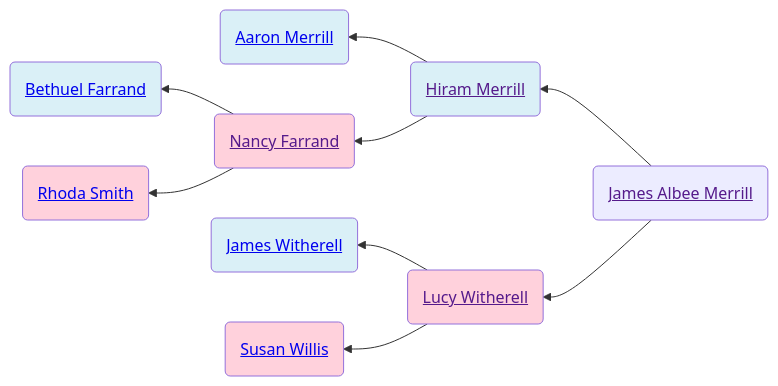
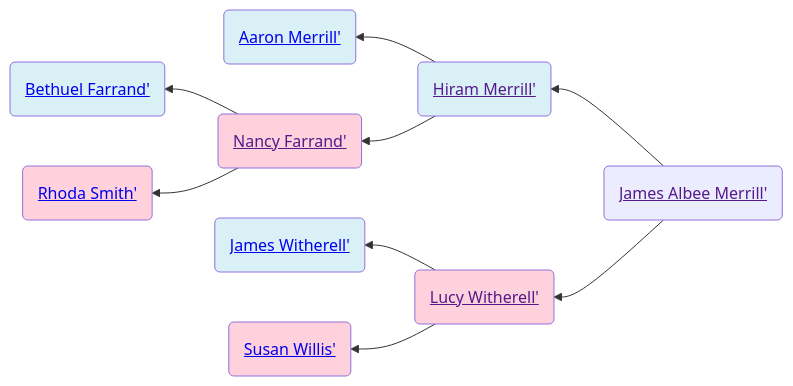
Before and after one commit to neelsmith/avocational: the first of 2 diagrams in familyhistory/sources/people/Merrill-line/James_Albee_Merrill.qmd, drawn with Mermaid. The commit also changed other lines of this file and 102 other files, not shown here.

````diff
--- a/familyhistory/sources/people/Merrill-line/James_Albee_Merrill.qmd
+++ b/familyhistory/sources/people/Merrill-line/James_Albee_Merrill.qmd
@@ -26,24 +26,24 @@
 ```{mermaid}
 graph RL
 %% RL ancestor diagram
-James_Albee_Merrill(<a href=''>James Albee Merrill</>) -->  Hiram_Merrill(<a href='./Hiram_Merrill.html'>Hiram Merrill</>)
-Hiram_Merrill(<a href=''>Hiram Merrill</>) -->  Aaron_Merrill(<a href='./Aaron_Merrill.html'>Aaron Merrill</>)
+James_Albee_Merrill(<a href=''>James Albee Merrill'</>) -->  Hiram_Merrill(<a href='./Hiram_Merrill.html'>Hiram Merrill'</>)
+Hiram_Merrill(<a href=''>Hiram Merrill'</>) -->  Aaron_Merrill(<a href='./Aaron_Merrill.html'>Aaron Merrill'</>)
 class Aaron_Merrill father
-Hiram_Merrill(<a href=''>Hiram Merrill</>)  --> Nancy_Farrand(<a href='./Nancy_Farrand.html'>Nancy Farrand</>)
-Nancy_Farrand(<a href=''>Nancy Farrand</>) -->  Bethuel_Farrand(<a href='./White-line/Grandey/Bethuel_Farrand.html'>Bethuel Farrand</>)
+Hiram_Merrill(<a href=''>Hiram Merrill'</>)  --> Nancy_Farrand(<a href='./Nancy_Farrand.html'>Nancy Farrand'</>)
+Nancy_Farrand(<a href=''>Nancy Farrand'</>) -->  Bethuel_Farrand(<a href='./White-line/Grandey/Bethuel_Farrand.html'>Bethuel Farrand'</>)
 class Bethuel_Farrand father
-Nancy_Farrand(<a href=''>Nancy Farrand</>)  --> Rhoda_Smith(<a href='./Rhoda_Smith.html'>Rhoda Smith</>)
+Nancy_Farrand(<a href=''>Nancy Farrand'</>)  --> Rhoda_Smith(<a href='./Rhoda_Smith.html'>Rhoda Smith'</>)
 class Rhoda_Smith mother
 class Nancy_Farrand mother
 class Hiram_Merrill father
-James_Albee_Merrill(<a href=''>James Albee Merrill</>)  --> Lucy_Witherell(<a href='./Lucy_Witherell.html'>Lucy Witherell</>)
-Lucy_Witherell(<a href=''>Lucy Witherell</>) -->  James_Witherell(<a href='./James_Witherell.html'>James Witherell</>)
+James_Albee_Merrill(<a href=''>James Albee Merrill'</>)  --> Lucy_Witherell(<a href='./Lucy_Witherell.html'>Lucy Witherell'</>)
+Lucy_Witherell(<a href=''>Lucy Witherell'</>) -->  James_Witherell(<a href='./James_Witherell.html'>James Witherell'</>)
 class James_Witherell father
-Lucy_Witherell(<a href=''>Lucy Witherell</>)  --> Susan_Willis(<a href='./Willis-line/Susan_Willis.html'>Susan Willis</>)
+Lucy_Witherell(<a href=''>Lucy Witherell'</>)  --> Susan_Willis(<a href='./Willis-line/Susan_Willis.html'>Susan Willis'</>)
 class Susan_Willis mother
 class Lucy_Witherell mother
 classDef mother fill:#ffd1dc
 classDef father fill:#daf0f7  
 classDef marriage fill:#ffffff
 
 ```
````
